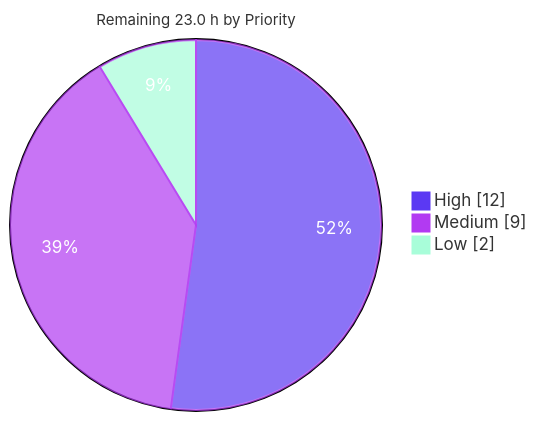
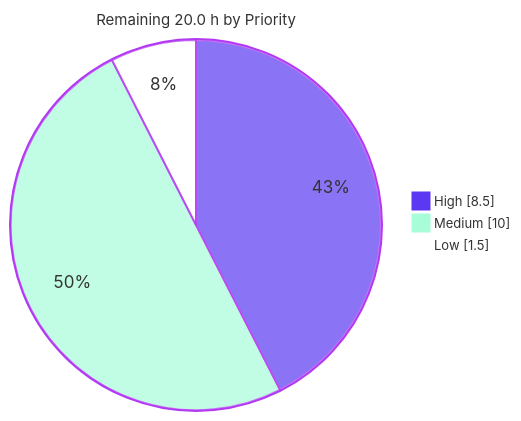
The third of 4 diagrams in blitzy/documentation/Project Guide.md (blitzy-public-samples/hello-world2-0r6b4x), drawn with Mermaid before and after one commit. The commit also changed other lines of this file, not shown here.

Commit message:
Adding Blitzy Project Guide: Project Status and Human Tasks Remaining

````diff
--- a/blitzy/documentation/Project Guide.md
+++ b/blitzy/documentation/Project Guide.md
@@ -301,7 +317,7 @@
 ```mermaid
-%%{init: {"theme":"base","themeVariables":{"pie1":"#5B39F3","pie2":"#B23AF2","pie3":"#A8FDD9","pieStrokeColor":"#B23AF2","pieSectionTextColor":"#FFFFFF","pieTitleTextSize":"15px"}}}%%
-pie showData title Remaining 23.0 h by Priority
-    "High" : 12.0
-    "Medium" : 9.0
-    "Low" : 2.0
+%%{init: {"theme":"base","themeVariables":{"pie1":"#5B39F3","pie2":"#A8FDD9","pie3":"#FFFFFF","pieStrokeColor":"#B23AF2","pieStrokeWidth":"2px","pieOuterStrokeColor":"#B23AF2","pieOuterStrokeWidth":"2px","pieTitleTextSize":"15px","pieLegendTextSize":"13px"}}}%%
+pie showData title Remaining 20.0 h by Priority
+    "High" : 8.5
+    "Medium" : 10
+    "Low" : 1.5
 ```
````
